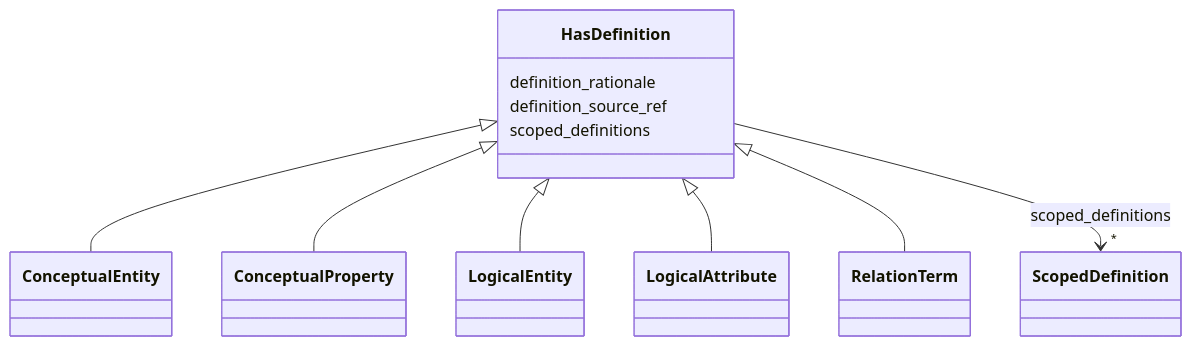
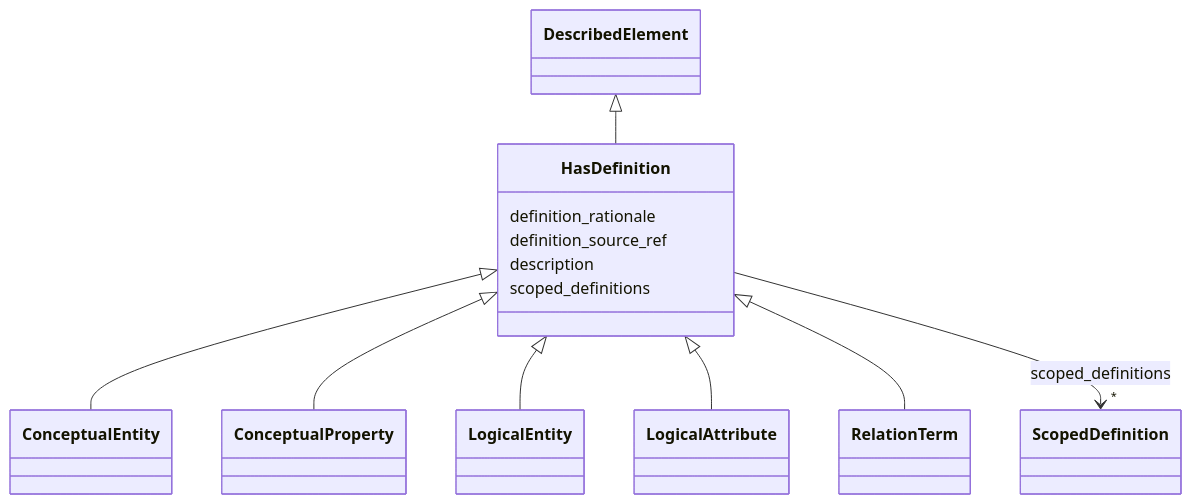
Before and after one commit to oista/moex-data-model: the diagram in generated/artifacts/moex-dams/0.1/diagrams/HasDefinition.md, drawn with Mermaid. The commit also changed 84 other files, not shown here.

````diff
--- a/generated/artifacts/moex-dams/0.1/diagrams/HasDefinition.md
+++ b/generated/artifacts/moex-dams/0.1/diagrams/HasDefinition.md
@@ -4,32 +4,39 @@
 ```mermaid
  classDiagram
     class HasDefinition
     click HasDefinition href "../HasDefinition"
+      DescribedElement <|-- HasDefinition
+        click DescribedElement href "../DescribedElement"
+      
+
       HasDefinition <|-- ConceptualEntity
         click ConceptualEntity href "../ConceptualEntity"
       HasDefinition <|-- ConceptualProperty
         click ConceptualProperty href "../ConceptualProperty"
       HasDefinition <|-- LogicalEntity
         click LogicalEntity href "../LogicalEntity"
       HasDefinition <|-- LogicalAttribute
         click LogicalAttribute href "../LogicalAttribute"
       HasDefinition <|-- RelationTerm
         click RelationTerm href "../RelationTerm"
       
+
       HasDefinition : definition_rationale
         
       HasDefinition : definition_source_ref
+        
+      HasDefinition : description
         
       HasDefinition : scoped_definitions
         
           
     
         
         
         HasDefinition --> "*" ScopedDefinition : scoped_definitions
         click ScopedDefinition href "../ScopedDefinition"
     
 
         
       
 ```
````
